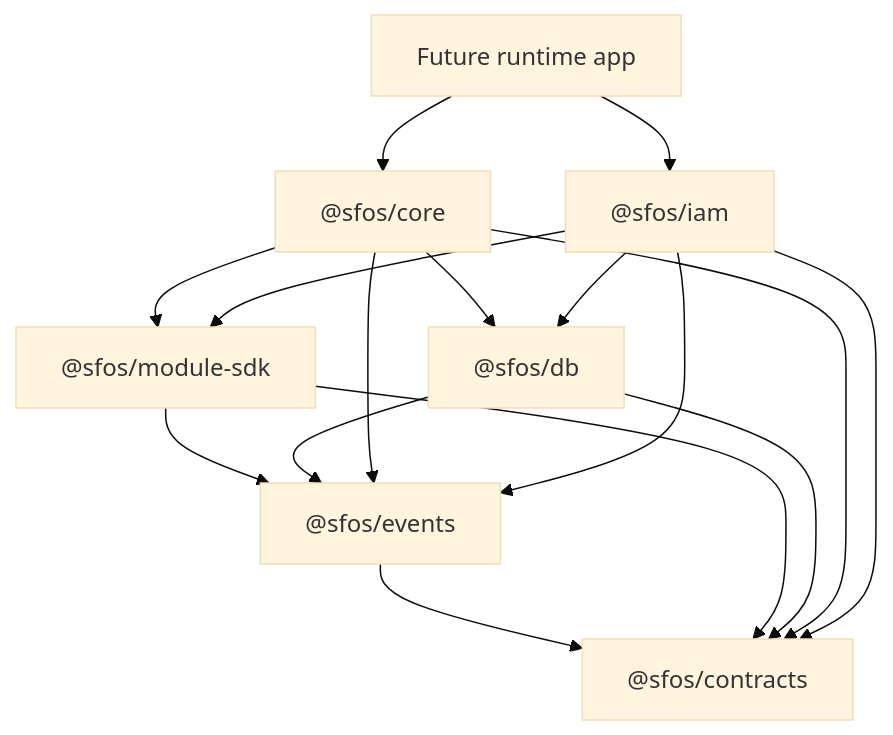
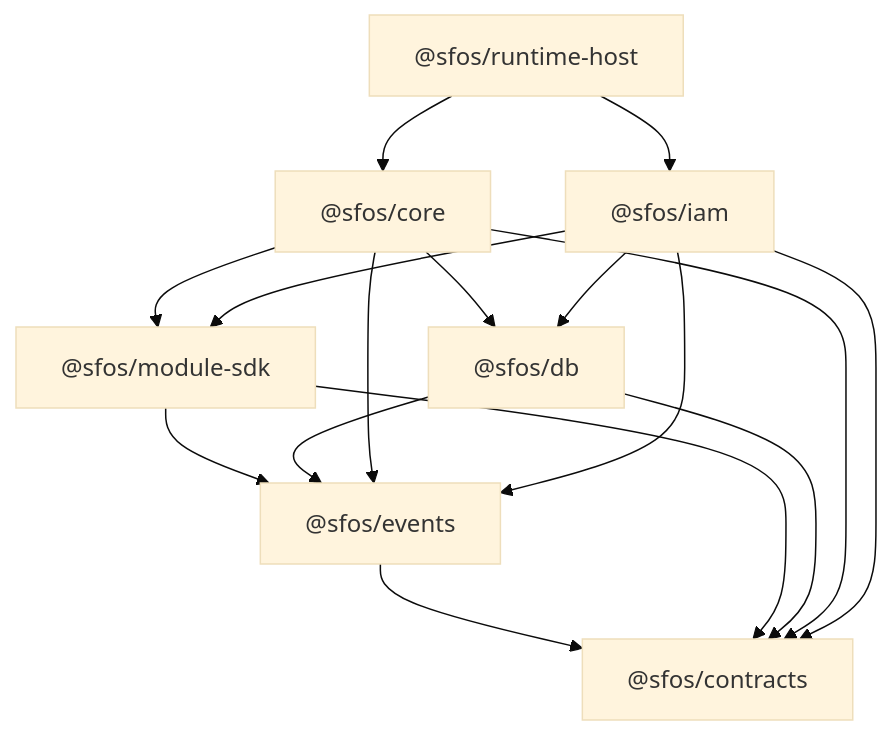
Before and after one commit to ThatsPelle/smartfactory-os: the diagram in docs/operations/codex-handoff.md, drawn with Mermaid (base theme). The commit also changed other lines of this file and 19 other files, not shown here.

Commit message:
feat(runtime): compose host and hydrate company activations

````diff
--- a/docs/operations/codex-handoff.md
+++ b/docs/operations/codex-handoff.md
@@ -30,26 +31,26 @@
 ```mermaid
 graph TD
   contracts["@sfos/contracts"]
   events["@sfos/events"]
   sdk["@sfos/module-sdk"]
   db["@sfos/db"]
   core["@sfos/core"]
   iam["@sfos/iam"]
-  runtime["Future runtime app"]
+  runtime["@sfos/runtime-host"]
 
   events --> contracts
   sdk --> contracts
   sdk --> events
   db --> contracts
   db --> events
   core --> contracts
   core --> events
   core --> sdk
   core --> db
   iam --> contracts
   iam --> events
   iam --> sdk
   iam --> db
   runtime --> core
   runtime --> iam
 ```
````
